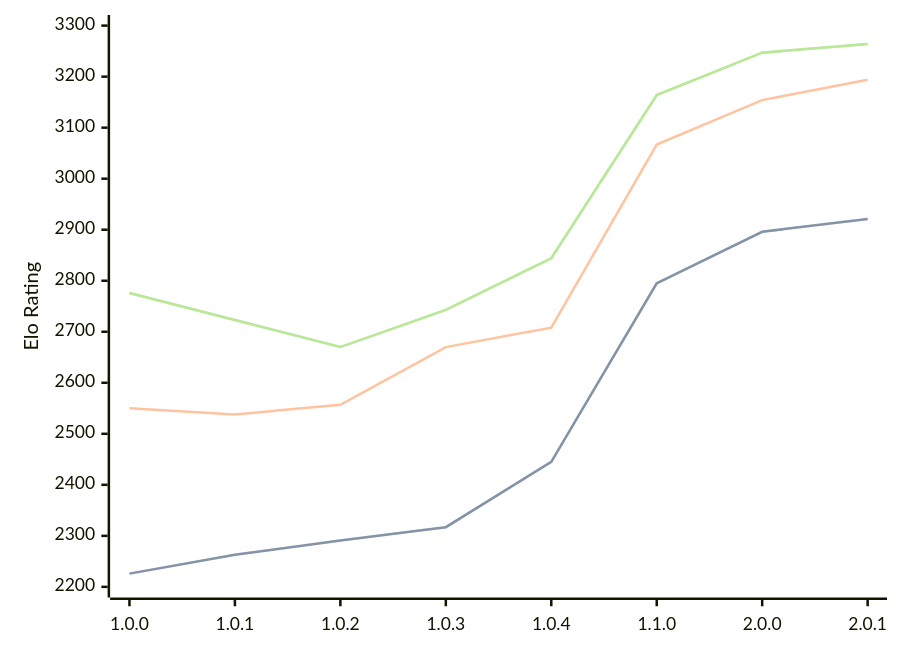
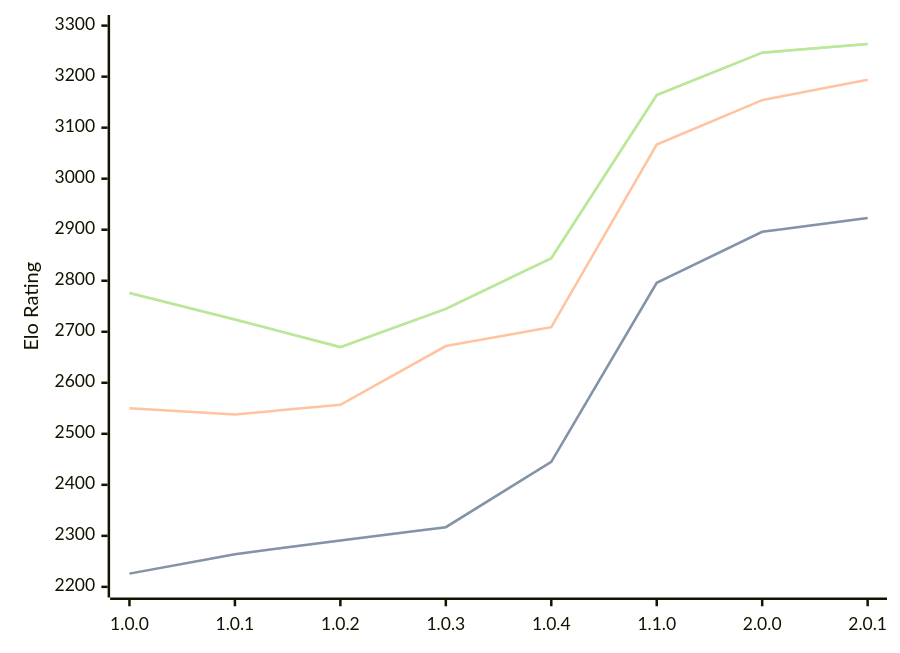
One commit to computer-chess-index/cci changed the third of 3 diagrams in engines/Grail.md. Above: the diagram before and after it, drawn with Mermaid. The commit also changed other lines of this file, not shown here.

Commit message:
Update CCI Ratings (ELO VLTC) - 2026-06-24

````diff
--- a/engines/Grail.md
+++ b/engines/Grail.md
@@ -71,11 +71,11 @@
 ```mermaid
 %%{init: {"theme":"base","themeVariables":{"seriesColors:['#a3a3a3','#222221','#faa371']}}}%%
 xychart-beta
   x-axis ["1.0.0", "1.0.1", "1.0.2", "1.0.3", "1.0.4", "1.1.0", "2.0.0", "2.0.1"]
   y-axis "Elo Rating" 2200 --> 3300
-  line "STC (8.0+0.08s)" [2226, 2263, 2291, 2317, 2445, 2795, 2896, 2921]
-  line "STC (8.0+0.08s)" [2226, 2263, 2291, 2317, 2445, 2795, 2896, 2921]
-  line "LTC (60.0+0.60s)" [2550, 2538, 2557, 2670, 2708, 3067, 3154, 3194]
-  line "VLTC (2m24s+1.12s)" [2776, 2723, 2670, 2743, 2844, 3164, 3247, 3264]
-  line "VLTC (2m24s+1.12s)" [2776, 2723, 2670, 2743, 2844, 3164, 3247, 3264]
+  line "STC (8.0+0.08s)" [2226, 2264, 2291, 2317, 2445, 2796, 2896, 2923]
+  line "STC (8.0+0.08s)" [2226, 2264, 2291, 2317, 2445, 2796, 2896, 2923]
+  line "LTC (60.0+0.60s)" [2550, 2538, 2557, 2672, 2709, 3067, 3154, 3194]
+  line "VLTC (2m24s+1.12s)" [2776, 2724, 2670, 2745, 2844, 3164, 3247, 3264]
+  line "VLTC (2m24s+1.12s)" [2776, 2724, 2670, 2745, 2844, 3164, 3247, 3264]
 ```
````
